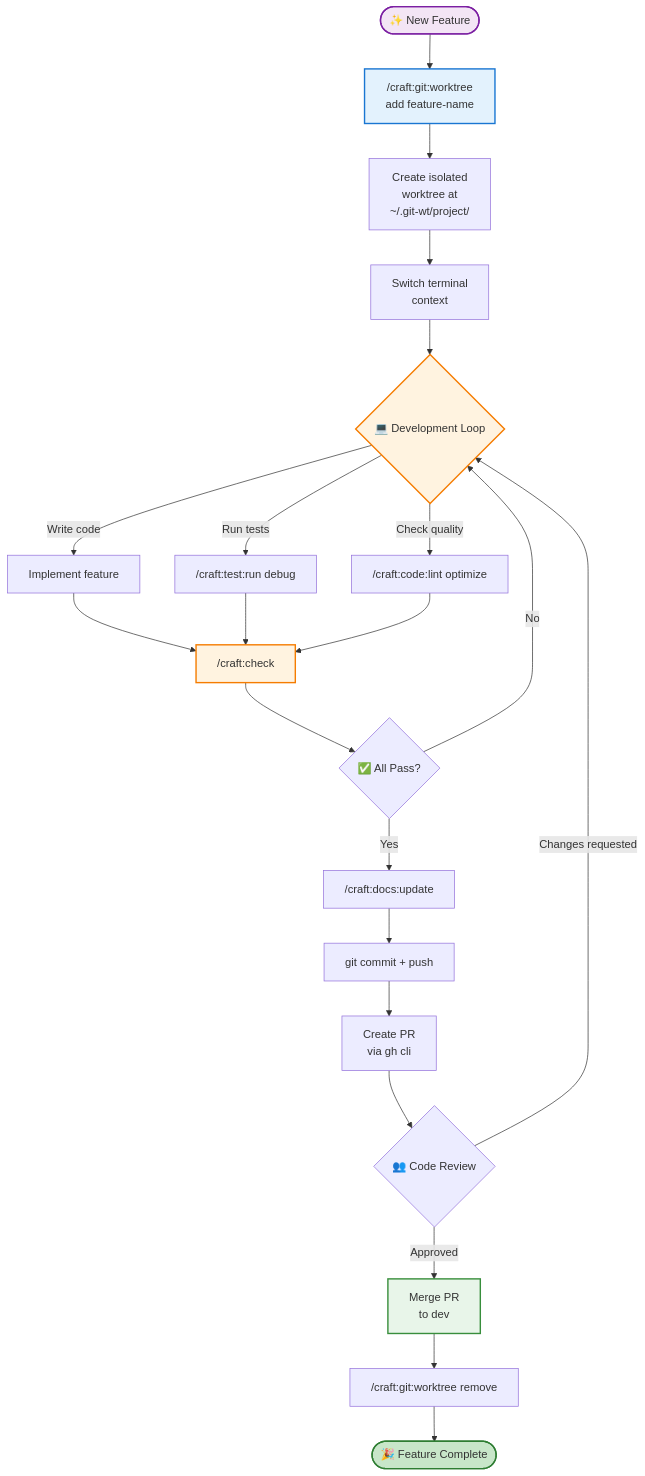
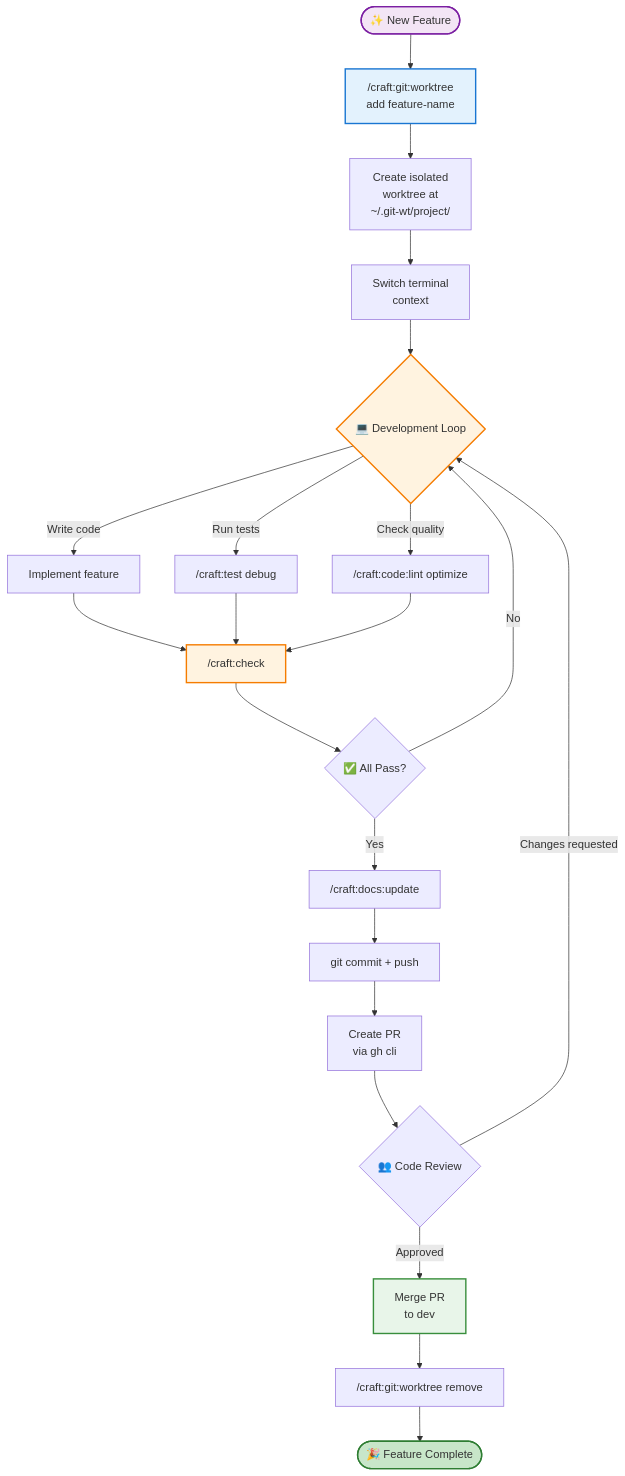
One commit to Data-Wise/craft changed the fifth of 7 diagrams in docs/workflows/index.md. Above: the diagram before and after it, drawn with Mermaid. The commit also changed other lines of this file and 45 other files, not shown here.

````diff
--- a/docs/workflows/index.md
+++ b/docs/workflows/index.md
@@ -237,37 +237,37 @@
 ```mermaid
 flowchart TD
     START(["✨ New Feature"]) --> WORKTREE["/craft:git:worktree<br/>add feature-name"]
 
     WORKTREE --> CLONE["Create isolated<br/>worktree at<br/>~/.git-wt/project/"]
     CLONE --> SWITCH["Switch terminal<br/>context"]
 
     SWITCH --> LOOP{💻 Development Loop}
     LOOP -->|Write code| CODE["Implement feature"]
-    LOOP -->|Run tests| TEST["/craft:test:run debug"]
+    LOOP -->|Run tests| TEST["/craft:test debug"]
     LOOP -->|Check quality| LINT["/craft:code:lint optimize"]
 
     CODE --> CHECK["/craft:check"]
     TEST --> CHECK
     LINT --> CHECK
 
     CHECK --> VALID{✅ All Pass?}
     VALID -->|No| LOOP
     VALID -->|Yes| DOCS["/craft:docs:update"]
 
     DOCS --> COMMIT["git commit + push"]
     COMMIT --> PR["Create PR<br/>via gh cli"]
     PR --> REVIEW{👥 Code Review}
 
     REVIEW -->|Changes requested| LOOP
     REVIEW -->|Approved| MERGE["Merge PR<br/>to dev"]
 
     MERGE --> CLEANUP["/craft:git:worktree remove"]
     CLEANUP --> DONE(["🎉 Feature Complete"])
 
     style START fill:#f3e5f5,stroke:#7b1fa2,stroke-width:2px
     style WORKTREE fill:#e3f2fd,stroke:#1976d2,stroke-width:2px
     style LOOP fill:#fff3e0,stroke:#f57c00,stroke-width:2px
     style CHECK fill:#fff3e0,stroke:#f57c00,stroke-width:2px
     style MERGE fill:#e8f5e9,stroke:#388e3c,stroke-width:2px
     style DONE fill:#c8e6c9,stroke:#2e7d32,stroke-width:2px
 ```
````
